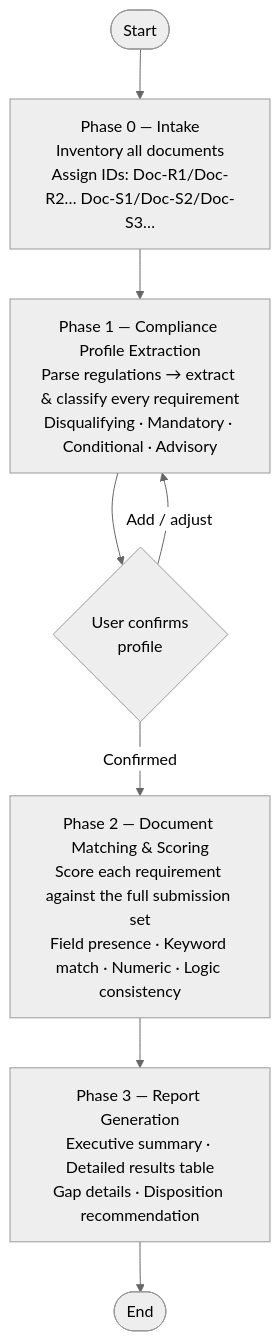
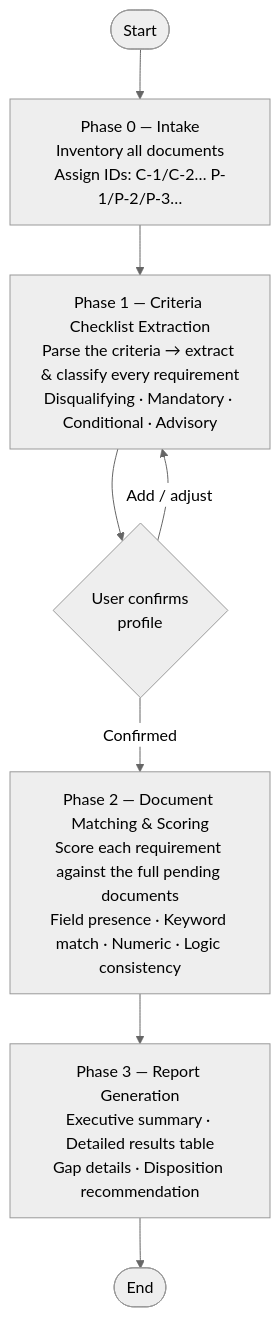
One commit to sylphlin/document-validator changed the diagram in README.md. Above: the diagram before and after it, drawn with Mermaid (neutral theme). The commit also changed other lines of this file and 1 other file, not shown here.

Commit message:
docs: rename "regulations" and "submissions" to "criteria" and "pending documents" for improved clarity

````diff
--- a/README.md
+++ b/README.md
@@ -13,18 +13,18 @@
 ```mermaid
 flowchart TD
     A([Start]) --> B
 
-    B["Phase 0 — Intake\nInventory all documents\nAssign IDs: Doc-R1/Doc-R2… Doc-S1/Doc-S2/Doc-S3…"]
+    B["Phase 0 — Intake\nInventory all documents\nAssign IDs: C-1/C-2… P-1/P-2/P-3…"]
     B --> C
 
-    C["Phase 1 — Compliance Profile Extraction\nParse regulations → extract & classify every requirement\nDisqualifying · Mandatory · Conditional · Advisory"]
+    C["Phase 1 — Criteria Checklist Extraction\nParse the criteria → extract & classify every requirement\nDisqualifying · Mandatory · Conditional · Advisory"]
     C --> D{User confirms\nprofile}
     D -- Add / adjust --> C
     D -- Confirmed --> E
 
-    E["Phase 2 — Document Matching & Scoring\nScore each requirement against the full submission set\nField presence · Keyword match · Numeric · Logic consistency"]
+    E["Phase 2 — Document Matching & Scoring\nScore each requirement against the full pending documents\nField presence · Keyword match · Numeric · Logic consistency"]
     E --> F
 
     F["Phase 3 — Report Generation\nExecutive summary · Detailed results table\nGap details · Disposition recommendation"]
     F --> G([End])
 ```
````
